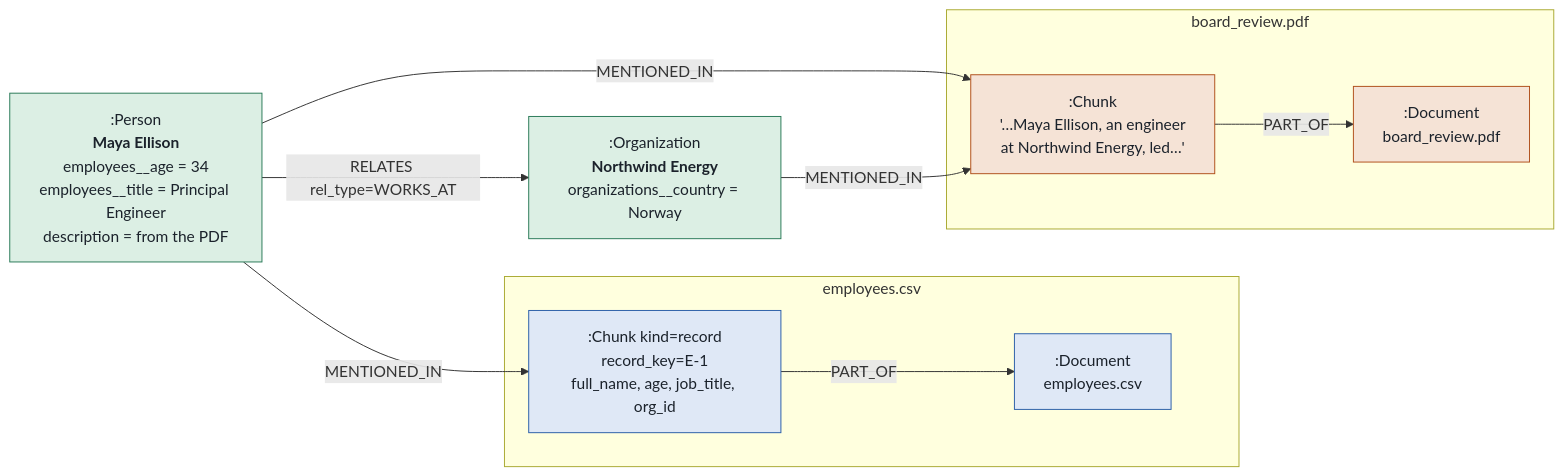
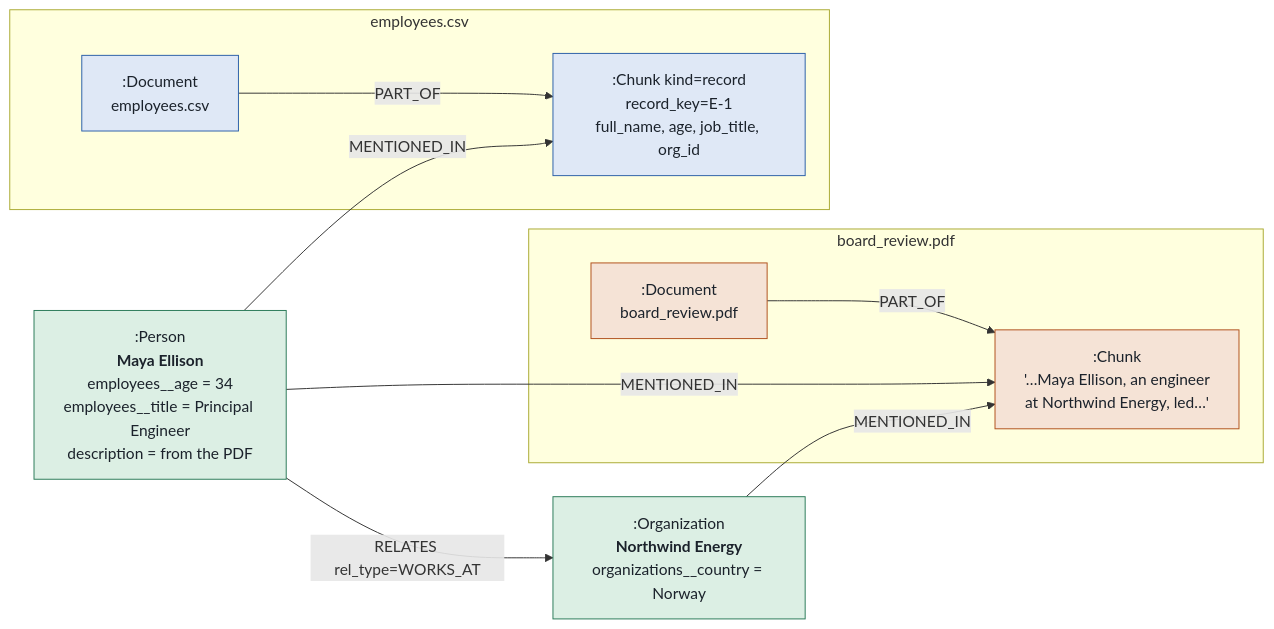
Before and after one commit to FalkorDB/GraphRAG-SDK: the diagram in docs/structured-ingestion.mdx, drawn with Mermaid. The commit also changed other lines of this file and 3 other files, not shown here.

First line of the commit message:
docs: align ingestion, table and graph schema pages with the code

````diff
--- a/docs/structured-ingestion.mdx
+++ b/docs/structured-ingestion.mdx
@@ -55,27 +57,27 @@
 ```mermaid
 flowchart LR
     subgraph csv["employees.csv"]
         D1[":Document<br/>employees.csv"]
         C1[":Chunk kind=record<br/>record_key=E-1<br/>full_name, age, job_title, org_id"]
     end
     subgraph pdf["board_review.pdf"]
         D2[":Document<br/>board_review.pdf"]
         C2[":Chunk<br/>'…Maya Ellison, an engineer<br/>at Northwind Energy, led…'"]
     end
     P[":Person<br/><b>Maya Ellison</b><br/>employees__age = 34<br/>employees__title = Principal Engineer<br/>description = from the PDF"]
     O[":Organization<br/><b>Northwind Energy</b><br/>organizations__country = Norway"]
 
-    C1 -->|PART_OF| D1
-    C2 -->|PART_OF| D2
+    D1 -->|PART_OF| C1
+    D2 -->|PART_OF| C2
     P -->|MENTIONED_IN| C1
     P -->|MENTIONED_IN| C2
     O -->|MENTIONED_IN| C2
     P -->|"RELATES rel_type=WORKS_AT"| O
 
     style P fill:#dcefe4,stroke:#2a7a58,color:#1b222b
     style O fill:#dcefe4,stroke:#2a7a58,color:#1b222b
     style C1 fill:#dfe8f6,stroke:#2b5fa8,color:#1b222b
     style D1 fill:#dfe8f6,stroke:#2b5fa8,color:#1b222b
     style C2 fill:#f5e3d6,stroke:#b0501c,color:#1b222b
     style D2 fill:#f5e3d6,stroke:#b0501c,color:#1b222b
 ```
````
